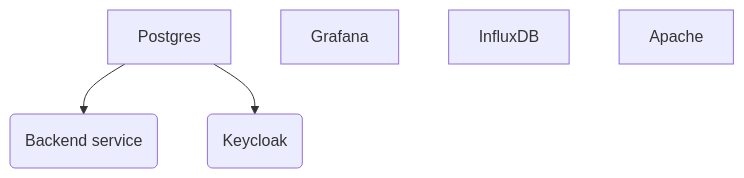
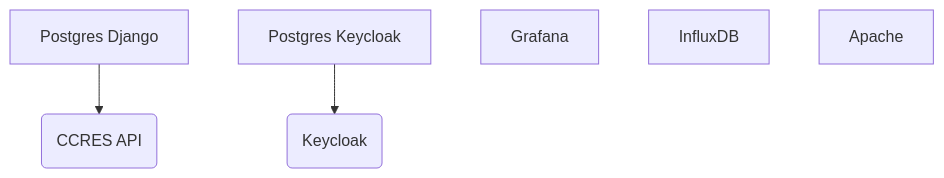
One commit to ACTRIS-CCRES/infra-hkd changed the diagram in README.md. Above: the diagram before and after it, drawn with Mermaid. The commit also changed other lines of this file and 86 other files, not shown here.

````diff
--- a/README.md
+++ b/README.md
@@ -13,8 +13,8 @@
 ```mermaid
 flowchart TD
-    A[Postgres] --> B(Backend service)
-    A[Postgres] --> C(Keycloak)
-    D[Grafana]
-    E[InfluxDB]
-    F[Apache]
+    A[Postgres Django] --> B(CCRES API)
+    C[Postgres Keycloak] --> D(Keycloak)
+    E[Grafana]
+    F[InfluxDB]
+    G[Apache]
 ```
````
